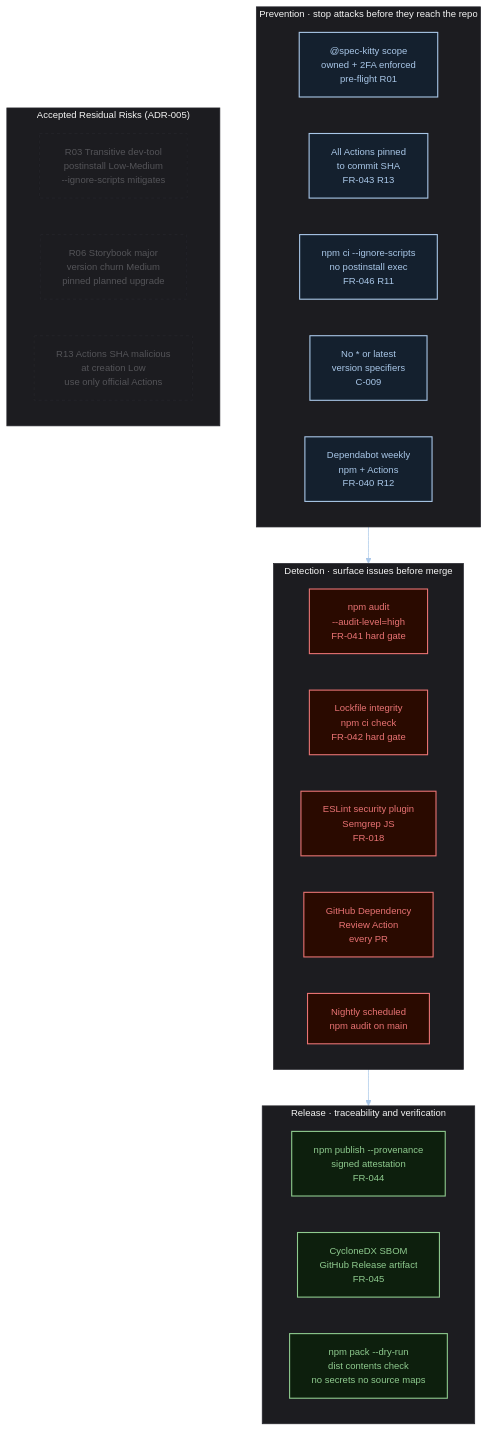
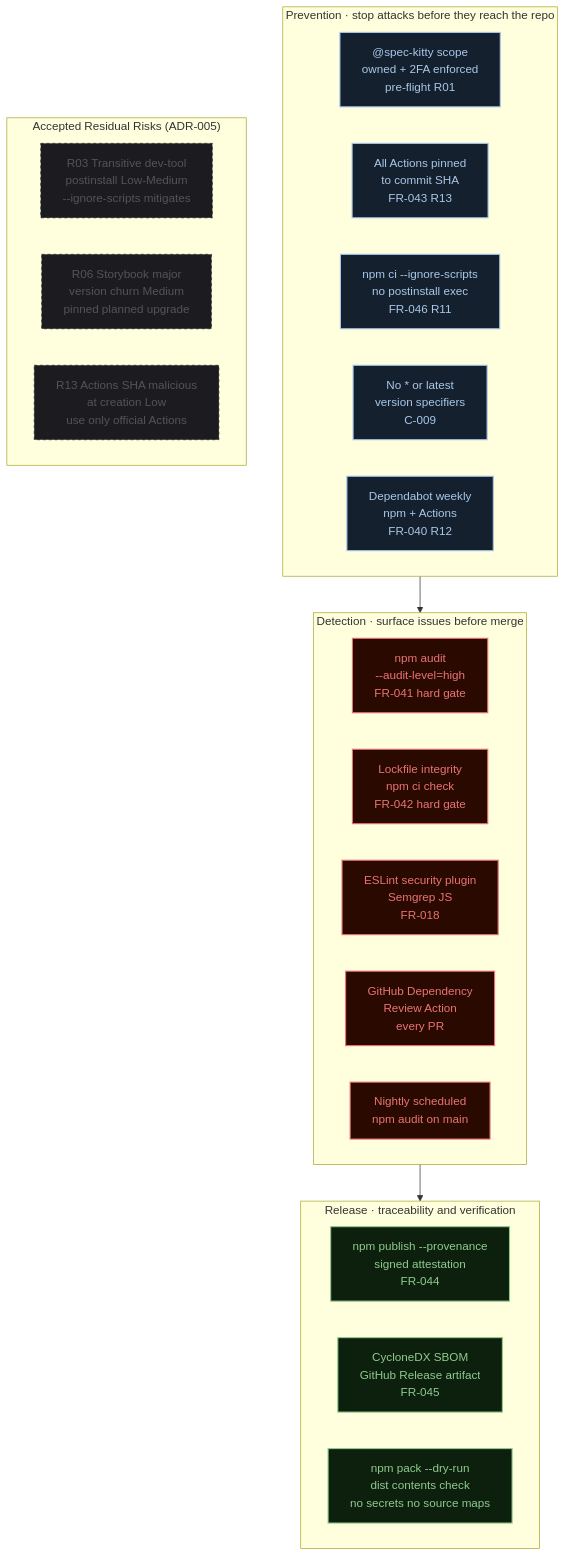
One commit to stijn-dejongh/spec-kitty-design changed the diagram in docs/architecture/assets/supply-chain-security-controls.mmd. Above: the diagram before and after it, drawn with Mermaid. The commit also changed 46 other files, not shown here.

```diff
--- a/docs/architecture/assets/supply-chain-security-controls.mmd
+++ b/docs/architecture/assets/supply-chain-security-controls.mmd
@@ -1,54 +1,43 @@
-%%{init: {'theme':'base','themeVariables': {
-  'fontFamily': 'ui-sans-serif, system-ui, sans-serif',
-  'fontSize': '13px',
-  'primaryColor': '#161619',
-  'primaryTextColor': '#e8e8eb',
-  'primaryBorderColor': '#F5C518',
-  'lineColor': '#A9C7E8',
-  'secondaryColor': '#1C1C20',
-  'tertiaryColor': '#0A0A0B',
-  'edgeLabelBackground': '#1C1C20',
-  'clusterBkg': '#1C1C20',
-  'clusterBorder': '#26262C'
-}}}%%
+%%THEME%%
+
 flowchart TB
     subgraph Prevention["Prevention  ·  stop attacks before they reach the repo"]
         scope["@spec-kitty scope\nowned + 2FA enforced\npre-flight  R01"]
         pinned["All Actions pinned\nto commit SHA\nFR-043  R13"]
         nodlx["npm ci --ignore-scripts\nno postinstall exec\nFR-046  R11"]
         nostar["No * or latest\nversion specifiers\nC-009"]
         depbot["Dependabot weekly\nnpm + Actions\nFR-040  R12"]
     end
 
     subgraph Detection["Detection  ·  surface issues before merge"]
         audit["npm audit\n--audit-level=high\nFR-041  hard gate"]
         lockcheck2["Lockfile integrity\nnpm ci check\nFR-042  hard gate"]
         sast["ESLint security plugin\nSemgrep JS\nFR-018"]
         dep_review["GitHub Dependency\nReview Action\nevery PR"]
         nightly["Nightly scheduled\nnpm audit on main"]
     end
 
     subgraph Release["Release  ·  traceability and verification"]
         prov["npm publish --provenance\nsigned attestation\nFR-044"]
         sbom["CycloneDX SBOM\nGitHub Release artifact\nFR-045"]
         pack_audit["npm pack --dry-run\ndist contents check\nno secrets  no source maps"]
     end
 
     subgraph Accepted["Accepted Residual Risks  (ADR-005)"]
         r03["R03  Transitive dev-tool\npostinstall  Low-Medium\n--ignore-scripts mitigates"]
         r06["R06  Storybook major\nversion churn  Medium\npinned  planned upgrade"]
         r13["R13  Actions SHA malicious\nat creation  Low\nuse only official Actions"]
     end
 
     Prevention --> Detection
     Detection --> Release
 
     classDef prevent fill:#14202E,stroke:#A9C7E8,color:#A9C7E8,stroke-width:1.5px
     classDef detect fill:#2a0a00,stroke:#E97373,color:#E97373,stroke-width:1.5px
     classDef release_cls fill:#0d1f0d,stroke:#8FCB8F,color:#8FCB8F,stroke-width:1.5px
     classDef accepted fill:#1C1C20,stroke:#26262C,color:#545458,stroke-width:1px,stroke-dasharray: 4 4
 
     class scope,pinned,nodlx,nostar,depbot prevent
     class audit,lockcheck2,sast,dep_review,nightly detect
     class prov,sbom,pack_audit release_cls
     class r03,r06,r13 accepted
```
